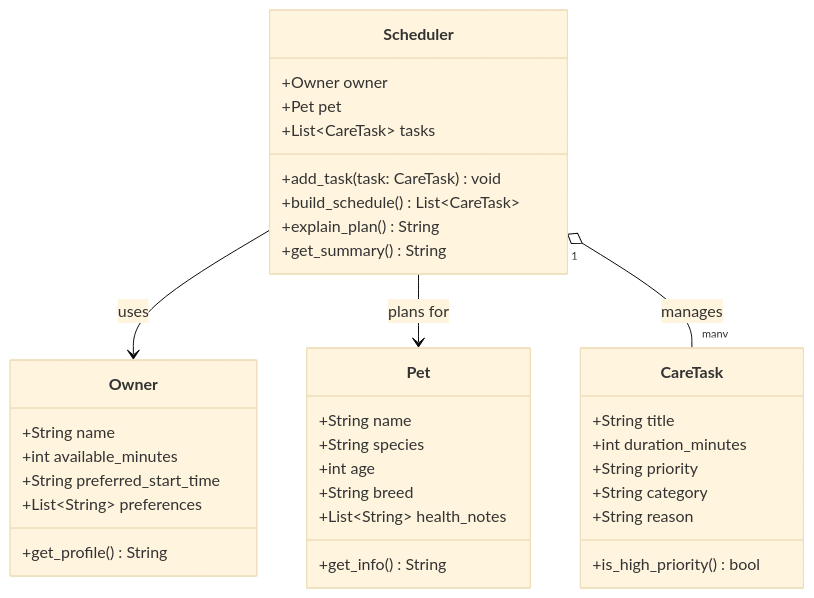
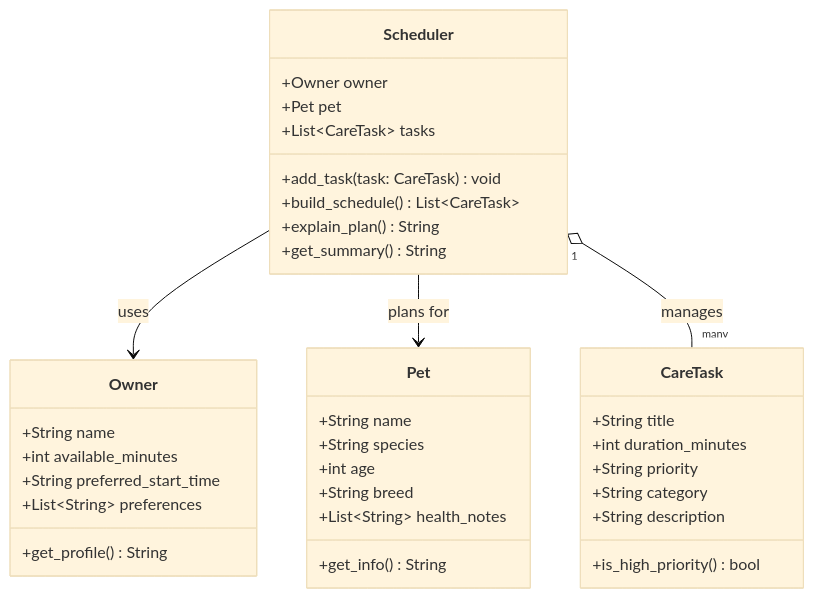
One commit to sudo-lock-in/ai110-module2show-pawpal-starter changed the diagram in design.md. Above: the diagram before and after it, drawn with Mermaid (base theme). The commit also changed 4 other files, not shown here.

````diff
--- a/design.md
+++ b/design.md
@@ -5,42 +5,42 @@
 ```mermaid
 classDiagram
     class Pet {
         +String name
         +String species
         +int age
         +String breed
         +List~String~ health_notes
         +get_info() String
     }
 
     class Owner {
         +String name
         +int available_minutes
         +String preferred_start_time
         +List~String~ preferences
         +get_profile() String
     }
 
     class CareTask {
         +String title
         +int duration_minutes
         +String priority
         +String category
-        +String reason
+        +String description
         +is_high_priority() bool
     }
 
     class Scheduler {
         +Owner owner
         +Pet pet
         +List~CareTask~ tasks
         +add_task(task: CareTask) void
         +build_schedule() List~CareTask~
         +explain_plan() String
         +get_summary() String
     }
 
     Scheduler --> Owner : uses
     Scheduler --> Pet : plans for
     Scheduler "1" o-- "many" CareTask : manages
 ```
````
